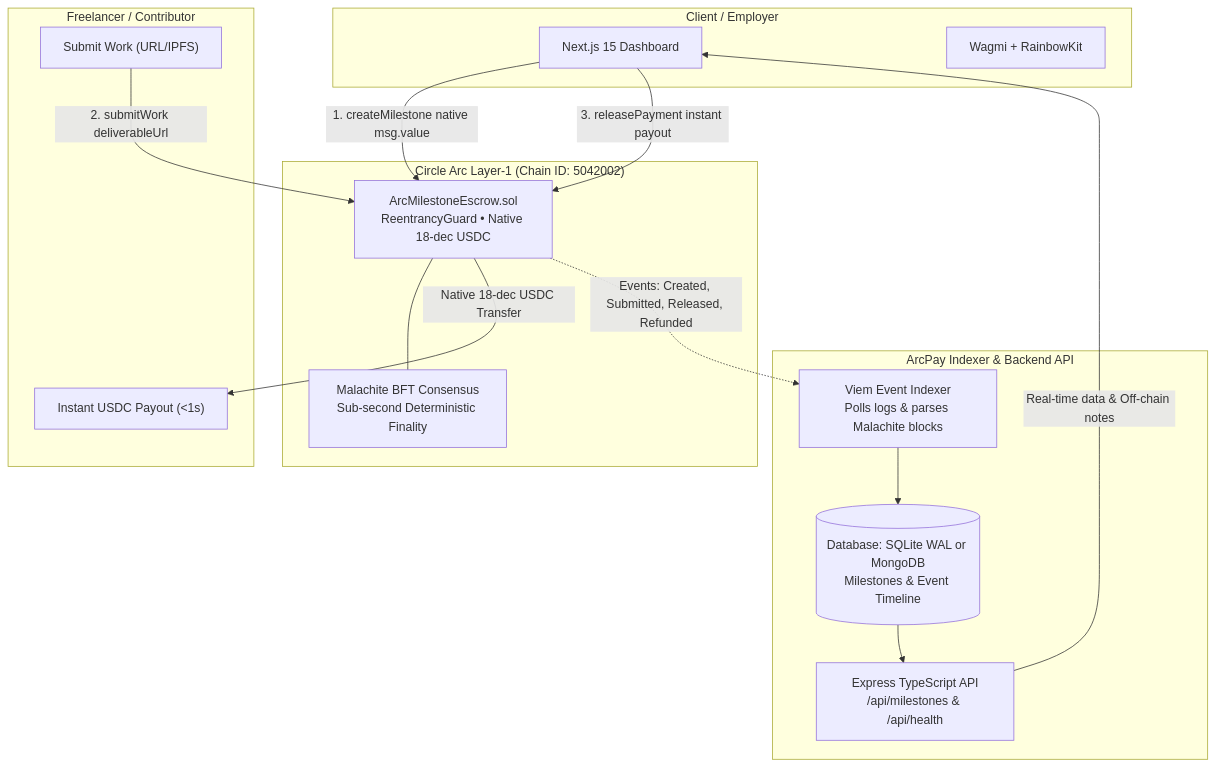
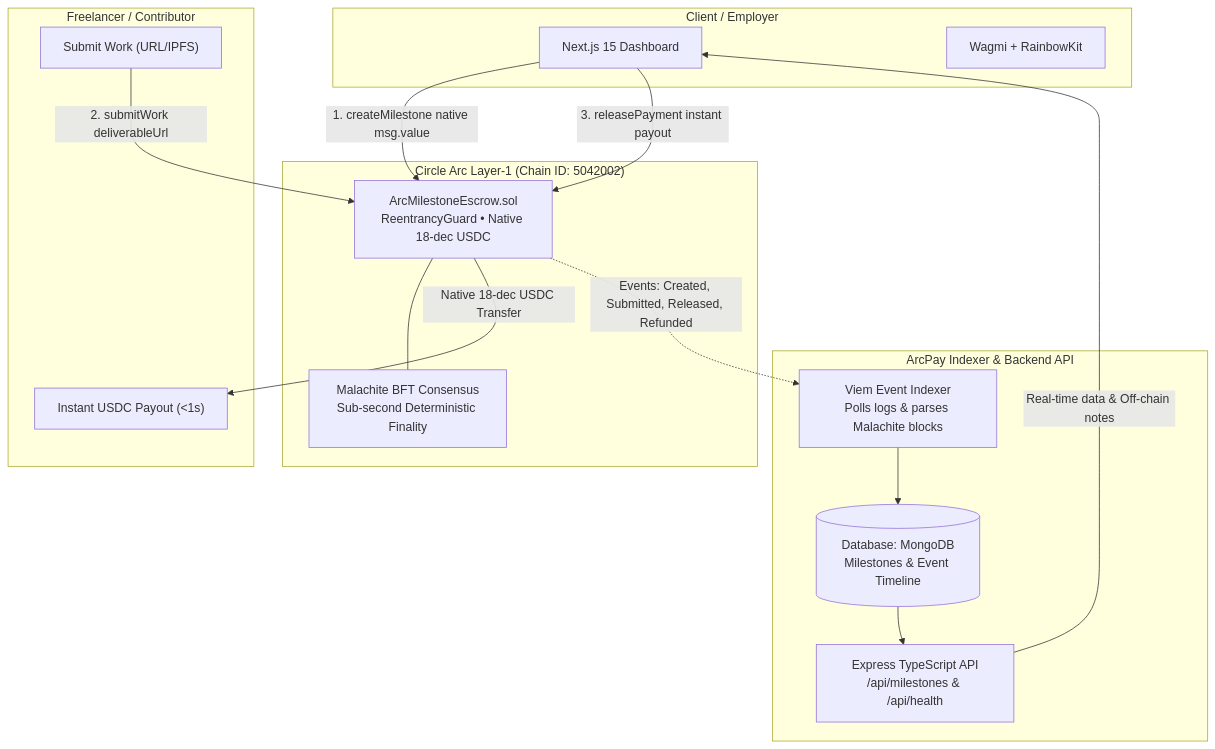
The diagram in README.md (13507-IN/ArcPay), drawn with Mermaid before and after one commit. The commit also changed other lines of this file and 15 other files, not shown here.

````diff
--- a/README.md
+++ b/README.md
@@ -33,33 +33,33 @@
 ```mermaid
 flowchart TD
     subgraph Client ["Client / Employer"]
         C1["Next.js 15 Dashboard"]
         C2["Wagmi + RainbowKit"]
     end
 
     subgraph ArcL1 ["Circle Arc Layer-1 (Chain ID: 5042002)"]
         SC["ArcMilestoneEscrow.sol<br/>ReentrancyGuard • Native 18-dec USDC"]
         BFT["Malachite BFT Consensus<br/>Sub-second Deterministic Finality"]
     end
 
     subgraph Backend ["ArcPay Indexer & Backend API"]
         IX["Viem Event Indexer<br/>Polls logs & parses Malachite blocks"]
-        DB[(Database: SQLite WAL or MongoDB<br/>Milestones & Event Timeline)]
+        DB[(Database: MongoDB<br/>Milestones & Event Timeline)]
         API["Express TypeScript API<br/>/api/milestones & /api/health"]
     end
 
     subgraph Freelancer ["Freelancer / Contributor"]
         F1["Submit Work (URL/IPFS)"]
         F2["Instant USDC Payout (<1s)"]
     end
 
     C1 -->|1. createMilestone native msg.value| SC
     SC --- BFT
     F1 -->|2. submitWork deliverableUrl| SC
     C1 -->|3. releasePayment instant payout| SC
     SC -->|Native 18-dec USDC Transfer| F2
     SC -.->|Events: Created, Submitted, Released, Refunded| IX
     IX --> DB
     DB --> API
     API -->|Real-time data & Off-chain notes| C1
 ```
````
